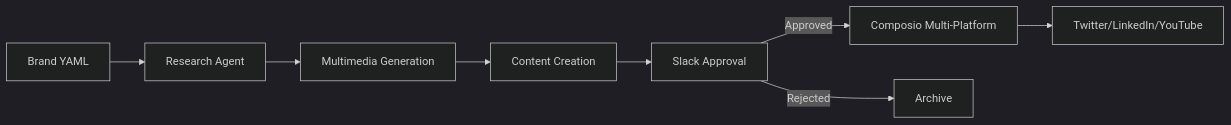
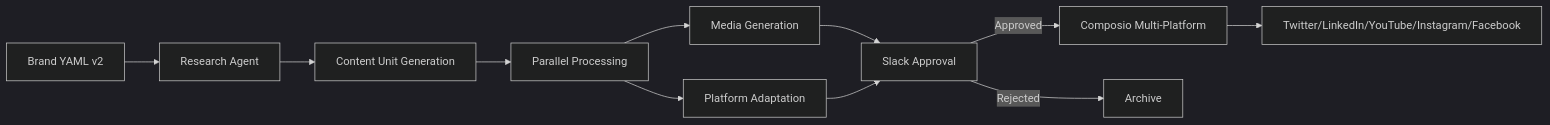
The diagram in docs/TECHNICAL_ARCHITECTURE.md (amadad/phantom-cli-tools), drawn with Mermaid (dark theme) before and after one commit. The commit also changed other lines of this file and 4 other files, not shown here.

````diff
--- a/docs/TECHNICAL_ARCHITECTURE.md
+++ b/docs/TECHNICAL_ARCHITECTURE.md
@@ -6,10 +9,13 @@
 ```mermaid
 graph LR
-    A[Brand YAML] --> B[Research Agent]
-    B --> C[Multimedia Generation]
-    C --> D[Content Creation]
-    D --> E[Slack Approval]
-    E -->|Approved| F[Composio Multi-Platform]
-    E -->|Rejected| G[Archive]
-    F --> H[Twitter/LinkedIn/YouTube]
+    A[Brand YAML v2] --> B[Research Agent]
+    B --> C[Content Unit Generation]
+    C --> D[Parallel Processing]
+    D --> E[Media Generation]
+    D --> F[Platform Adaptation]
+    E --> G[Slack Approval]
+    F --> G
+    G -->|Approved| H[Composio Multi-Platform]
+    G -->|Rejected| I[Archive]
+    H --> J[Twitter/LinkedIn/YouTube/Instagram/Facebook]
 ```
````
